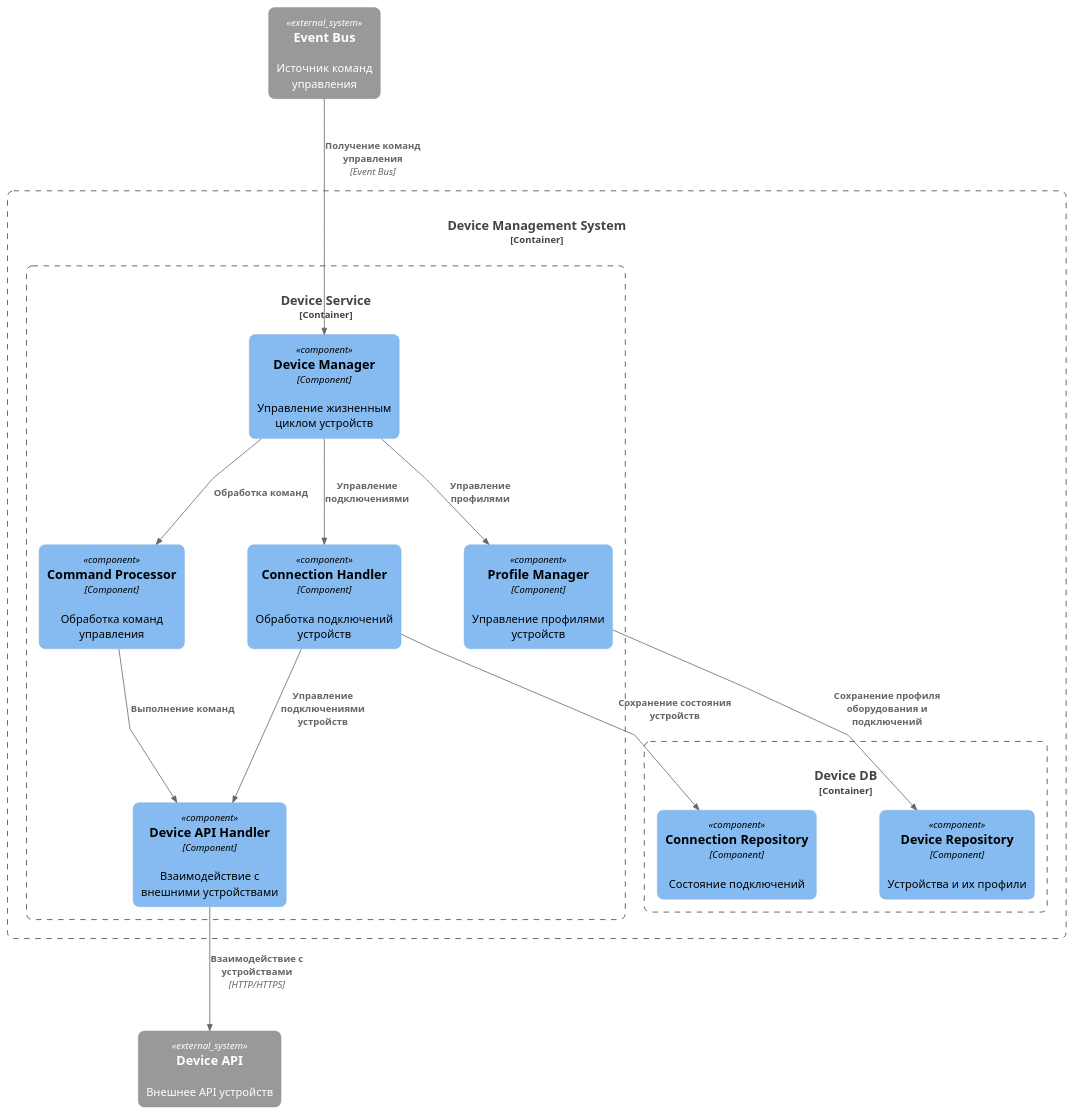
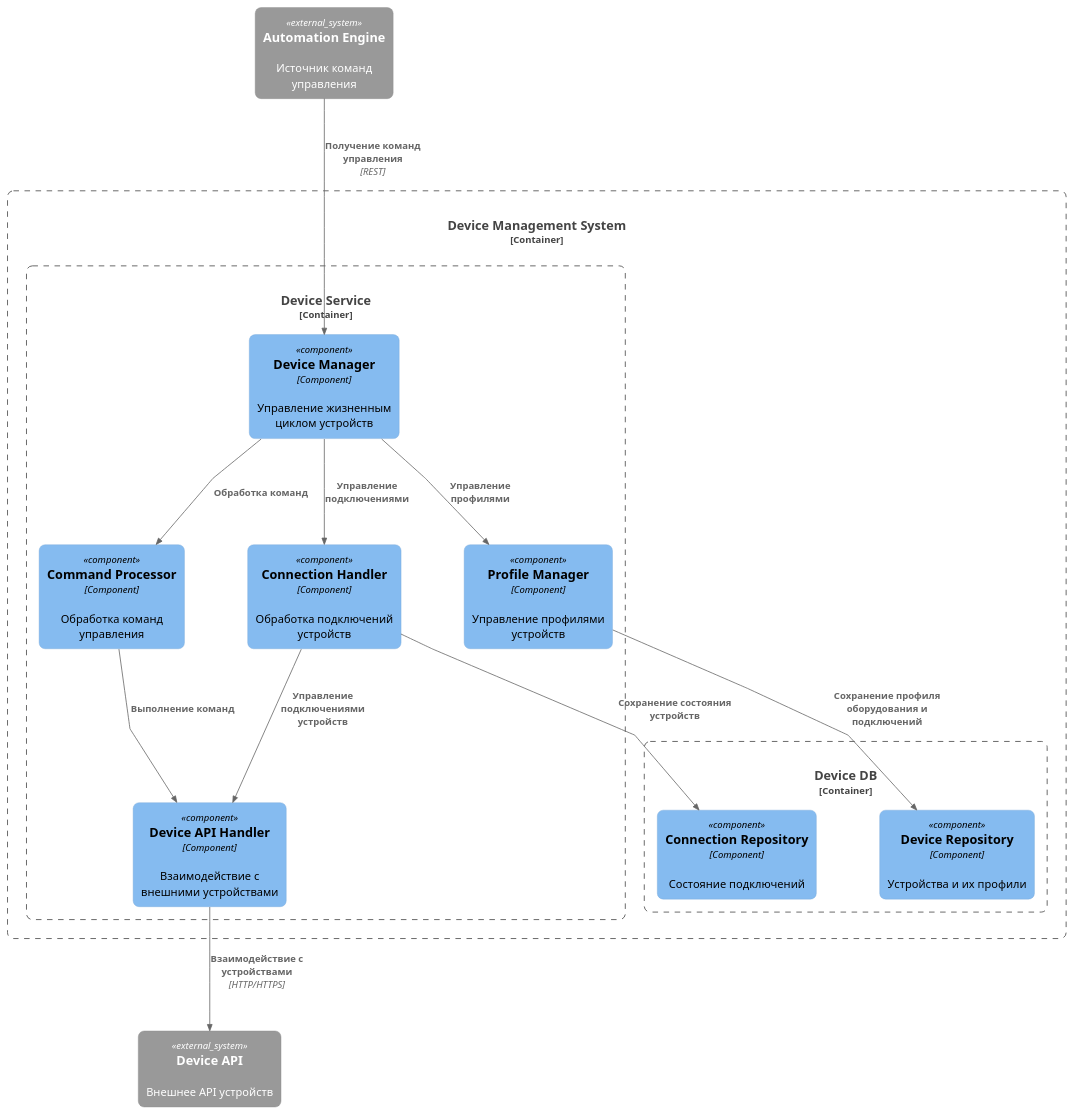
One commit to ai-rogachev/architecture-warmhouse changed the diagram in diagrams/component/Device_Management_Components.puml. Above: the diagram before and after it, drawn with PlantUML. The commit also changed 3 other files, not shown here.

Commit message:
remove event_bus

```diff
--- a/diagrams/component/Device_Management_Components.puml
+++ b/diagrams/component/Device_Management_Components.puml
@@ -1,57 +1,57 @@
 @startuml Device_Management_Components
 
 !includeurl https://raw.githubusercontent.com/plantuml-stdlib/C4-PlantUML/master/C4_Component.puml
 
 ' Layout improvements for better readability
 skinparam componentStyle rectangle
 skinparam roundcorner 15
 skinparam nodesep 80
 skinparam ranksep 100
 skinparam linetype polyline
 
 ' Component diagram shows internal components of containers from WarmHome_Containers.puml
 Container_Boundary(devices_container, "Device Management System", "Container", "Система управления устройствами") {
 
     ' Internal Components of "Device Service" container
     Container_Boundary(device_service_container, "Device Service", "Service", "Подключение, управление и профили устройств") {
         Component(device_manager, "Device Manager", "Component", "Управление жизненным циклом устройств")
         Component(connection_handler, "Connection Handler", "Component", "Обработка подключений устройств")
         Component(profile_manager, "Profile Manager", "Component", "Управление профилями устройств")
         Component(device_api_handler, "Device API Handler", "Component", "Взаимодействие с внешними устройствами")
         Component(device_command_processor, "Command Processor", "Component", "Обработка команд управления")
     }
     
     ' Internal Components of "Device DB" container  
     Container_Boundary(device_db_container, "Device DB", "Relational DB", "Устройства и их профили") {
         Component(device_repository, "Device Repository", "Component", "Устройства и их профили")
         Component(connection_repository, "Connection Repository", "Component", "Состояние подключений")
     }
 }
 
 ' External dependencies - based on actual relationships in WarmHome_Containers.puml
-System_Ext(event_bus, "Event Bus", "Источник команд управления")
+System_Ext(automation_engine, "Automation Engine", "Источник команд управления")
 System_Ext(device_api, "Device API", "Внешнее API устройств")
 
 ' =================== Internal Data Flow ===================
 ' Device Service internal flow
 Rel(device_manager, connection_handler, "Управление подключениями")
 Rel(device_manager, profile_manager, "Управление профилями")
 Rel(device_manager, device_command_processor, "Обработка команд")
 
 ' Device API interactions
 Rel(device_command_processor, device_api_handler, "Выполнение команд")
 Rel(device_api_handler, device_api, "Взаимодействие с устройствами", "HTTP/HTTPS")
 
 ' Connection management flow
 Rel(connection_handler, device_api_handler, "Управление подключениями устройств")
 
 ' =================== Data Storage ===================
 ' Device Service to Device DB
 Rel(profile_manager, device_repository, "Сохранение профиля оборудования и подключений")
 Rel(connection_handler, connection_repository, "Сохранение состояния устройств")
 
 ' =================== External Connections ===================
-' Event Bus connection for commands - ONLY source of commands
-Rel(event_bus, device_manager, "Получение команд управления", "Event Bus")
+' Automation Engine connection for commands - ONLY source of commands
+Rel(automation_engine, device_manager, "Получение команд управления", "REST")
 
 @enduml
```
